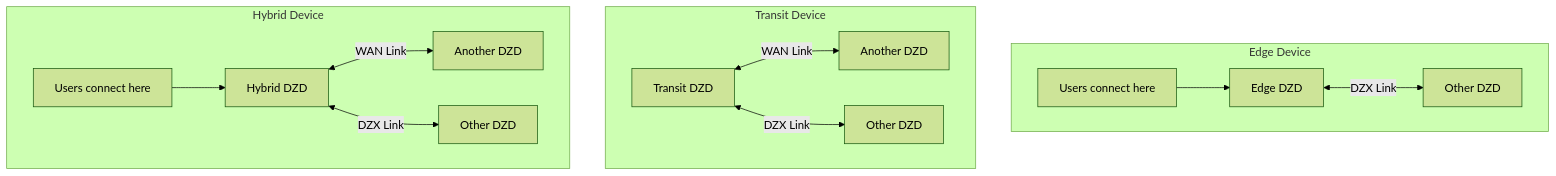
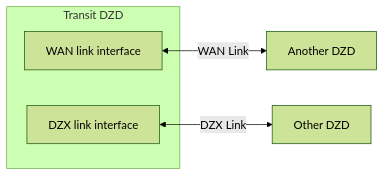
One commit to malbeclabs/docs changed the sixth of 14 diagrams in docs/contribute-provisioning.md. Above: the diagram before and after it, drawn with Mermaid (forest theme). The commit also changed other lines of this file, not shown here.

````diff
--- a/docs/contribute-provisioning.md
+++ b/docs/contribute-provisioning.md
@@ -234,23 +289,9 @@
 ```mermaid
-flowchart TB
-    subgraph "Edge Device"
-        E[Edge DZD]
-        EU[Users connect here]
-        EU --> E
-        E <-->|DZX Link| ED[Other DZD]
+flowchart LR
+    subgraph TDZD[Transit DZD]
+        T_WAN["WAN link interface"]
+        T_DZX["DZX link interface"]
     end
-
-    subgraph "Transit Device"
-        T[Transit DZD]
-        T <-->|WAN Link| T2[Another DZD]
-        T <-->|DZX Link| TD[Other DZD]
-    end
-
-    subgraph "Hybrid Device"
-        H[Hybrid DZD]
-        HU[Users connect here]
-        HU --> H
-        H <-->|WAN Link| H2[Another DZD]
-        H <-->|DZX Link| HD[Other DZD]
-    end
+    T_WAN <-->|WAN Link| T2[Another DZD]
+    T_DZX <-->|DZX Link| TD[Other DZD]
 ```
````
